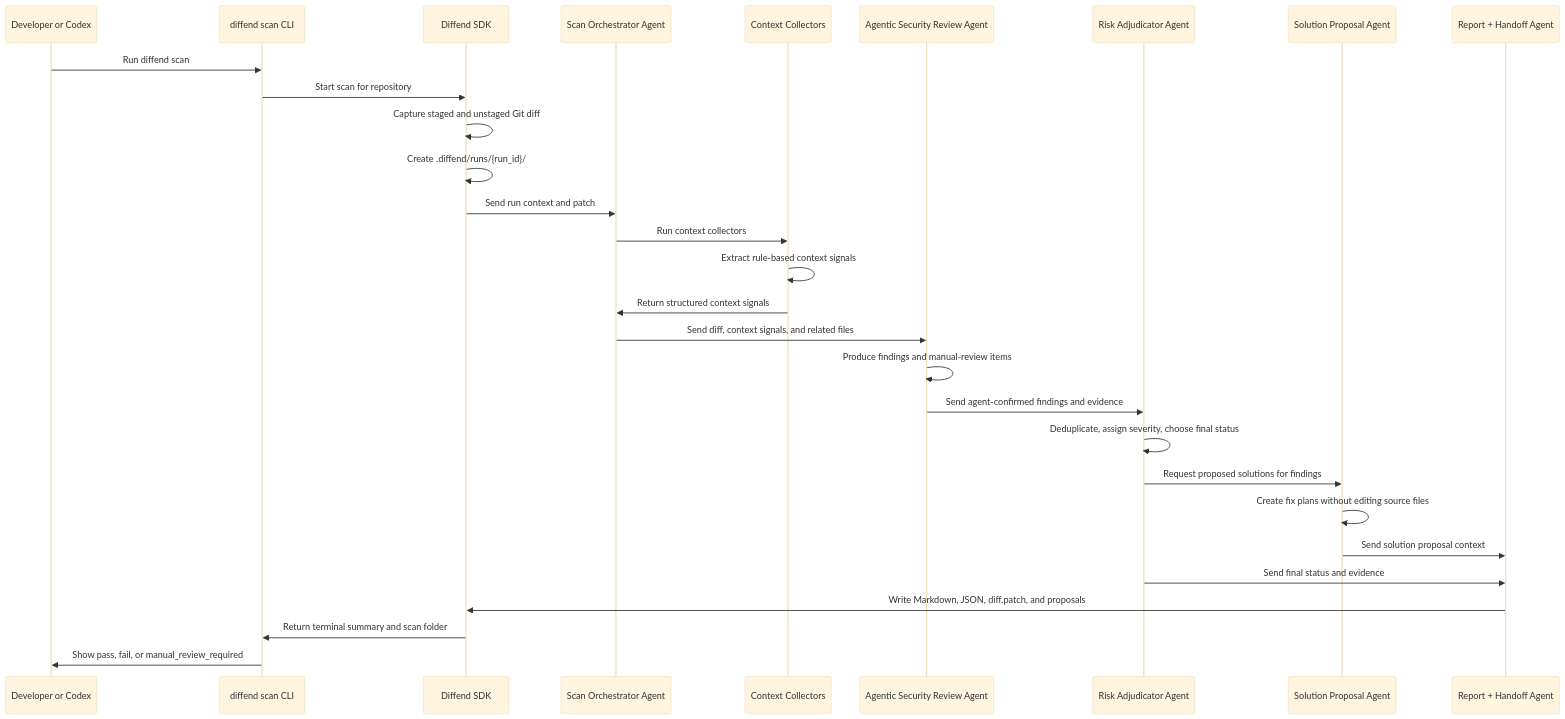
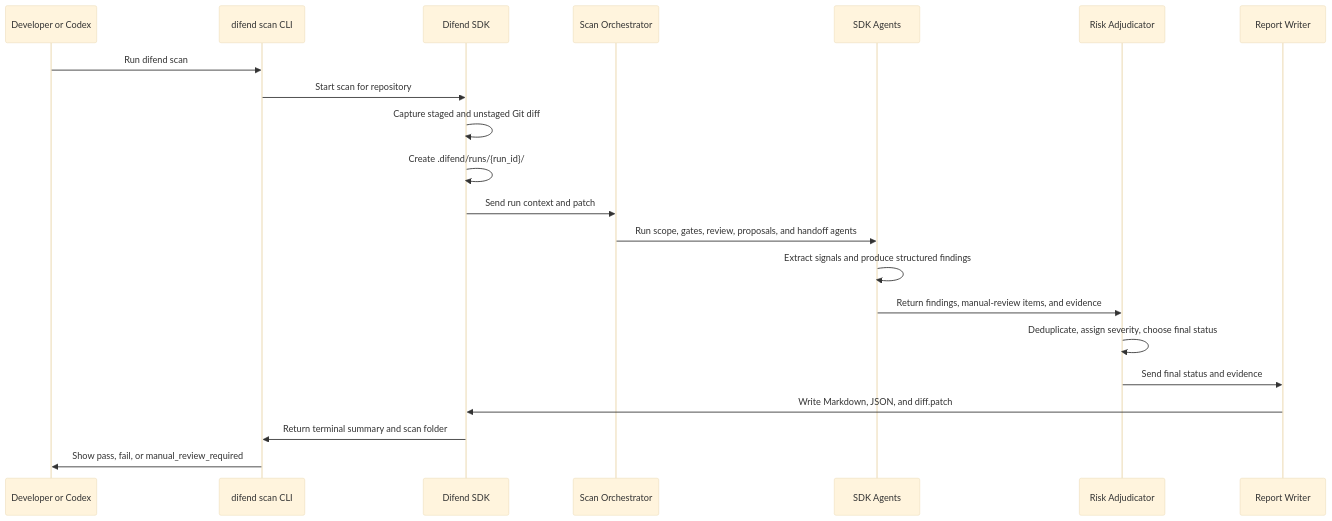
Before and after one commit to VietToan210904/diffend: the second of 2 diagrams in README.md, drawn with Mermaid (base theme). The commit also changed other lines of this file, not shown here.

````diff
--- a/README.md
+++ b/README.md
@@ -110,32 +102,24 @@
 ```mermaid
 sequenceDiagram
   participant Dev as Developer or Codex
-  participant CLI as diffend scan CLI
-  participant SDK as Diffend SDK
-  participant Orch as Scan Orchestrator Agent
-  participant Agents as Context Collectors
-  participant Review as Agentic Security Review Agent
-  participant Adj as Risk Adjudicator Agent
-  participant Sol as Solution Proposal Agent
-  participant Report as Report + Handoff Agent
+  participant CLI as difend scan CLI
+  participant SDK as Difend SDK
+  participant Orch as Scan Orchestrator
+  participant Agents as SDK Agents
+  participant Adj as Risk Adjudicator
+  participant Report as Report Writer
 
-  Dev->>CLI: Run diffend scan
+  Dev->>CLI: Run difend scan
   CLI->>SDK: Start scan for repository
   SDK->>SDK: Capture staged and unstaged Git diff
-  SDK->>SDK: Create .diffend/runs/{run_id}/
+  SDK->>SDK: Create .difend/runs/{run_id}/
   SDK->>Orch: Send run context and patch
-  Orch->>Agents: Run context collectors
-  Agents->>Agents: Extract rule-based context signals
-  Agents->>Orch: Return structured context signals
-  Orch->>Review: Send diff, context signals, and related files
-  Review->>Review: Produce findings and manual-review items
-  Review->>Adj: Send agent-confirmed findings and evidence
+  Orch->>Agents: Run scope, gates, review, proposals, and handoff agents
+  Agents->>Agents: Extract signals and produce structured findings
+  Agents->>Adj: Return findings, manual-review items, and evidence
   Adj->>Adj: Deduplicate, assign severity, choose final status
-  Adj->>Sol: Request proposed solutions for findings
-  Sol->>Sol: Create fix plans without editing source files
-  Sol->>Report: Send solution proposal context
   Adj->>Report: Send final status and evidence
-  Report->>SDK: Write Markdown, JSON, diff.patch, and proposals
+  Report->>SDK: Write Markdown, JSON, and diff.patch
   SDK->>CLI: Return terminal summary and scan folder
   CLI->>Dev: Show pass, fail, or manual_review_required
 ```
````
